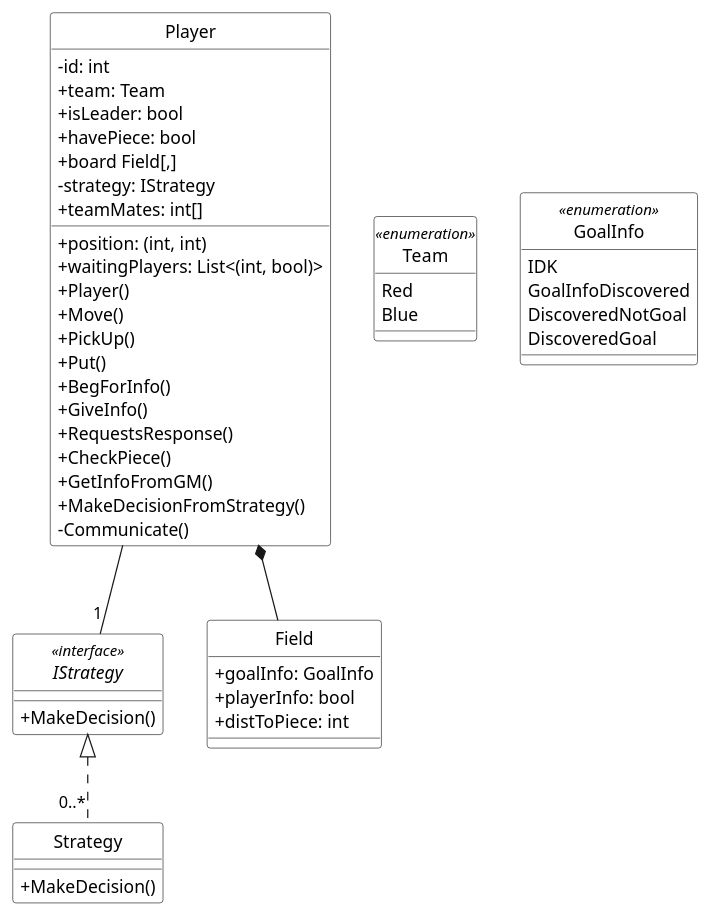
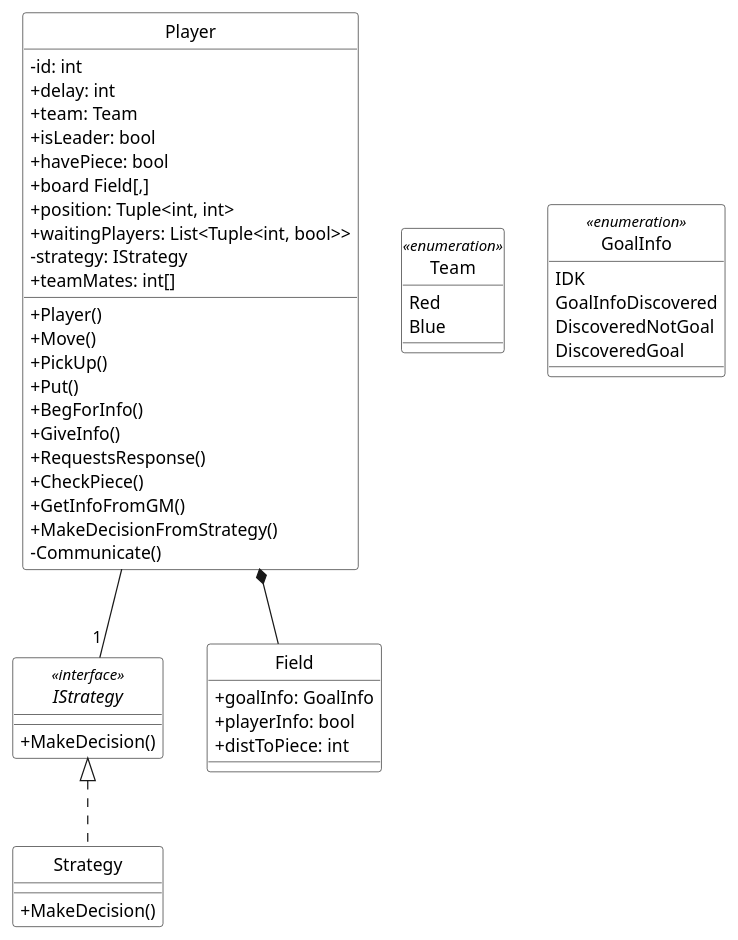
The diagram in UML/ClassDiagram/Player.puml (MINI-IO/IO-project-game), drawn with PlantUML before and after one commit.

```diff
--- a/UML/ClassDiagram/Player.puml
+++ b/UML/ClassDiagram/Player.puml
@@ -1,64 +1,65 @@
 @startuml
 skinparam shadowing false
 skinparam monochrome true
 skinparam classAttributeIconSize 0
 hide circles
 
 skinparam class {
 BackgroundColor white
 }
 
-IStrategy <|.. "0..*" Strategy
+IStrategy <|.. Strategy
 Player *-- Field
 Player -- "1" IStrategy
 
 class Player {
 - id: int
++ delay: int
 + team: Team
 + isLeader: bool
 + havePiece: bool
 + board Field[,]
-+ position: (int, int)
-+ waitingPlayers: List<(int, bool)>
++ position: Tuple<int, int>
++ waitingPlayers: List<Tuple<int, bool>>
 - strategy: IStrategy
 + teamMates: int[]
 
 + Player()
 + Move()
 + PickUp()
 + Put()
 + BegForInfo()
 + GiveInfo()
 + RequestsResponse()
 + CheckPiece()
 + GetInfoFromGM()
 + MakeDecisionFromStrategy()
 - Communicate()
 }
 
 class Field{
 + goalInfo: GoalInfo
 + playerInfo: bool
 + distToPiece: int
 }
 
 interface IStrategy <<interface>> {
 + MakeDecision()
 }
 
 class Strategy {
 + MakeDecision()
 }
 
 enum Team <<enumeration>> {
 Red
 Blue
 }
 
 enum GoalInfo <<enumeration>> {
 IDK
 GoalInfoDiscovered
 DiscoveredNotGoal
 DiscoveredGoal
 }
 @enduml
```
